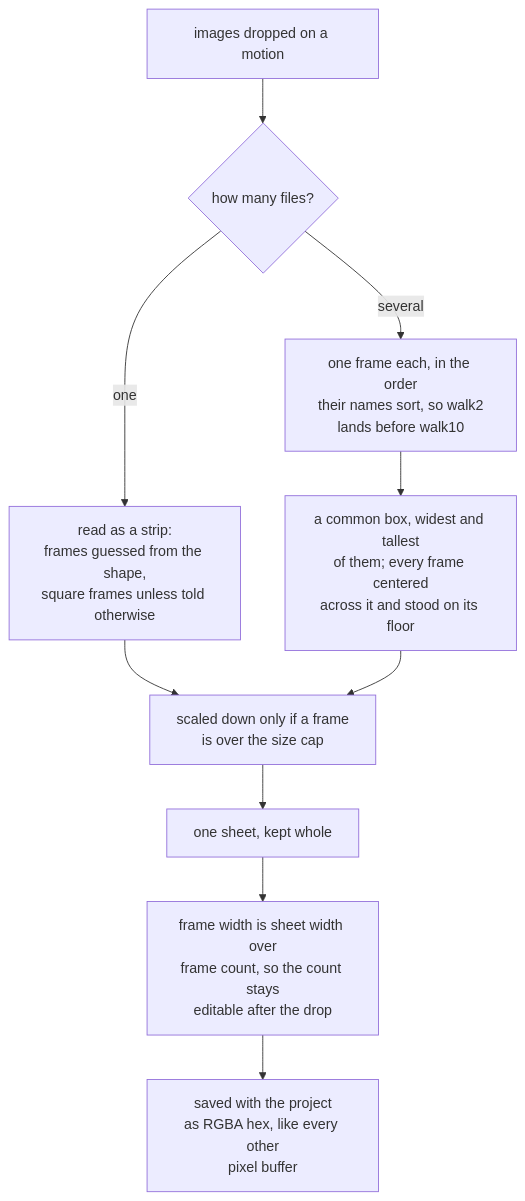
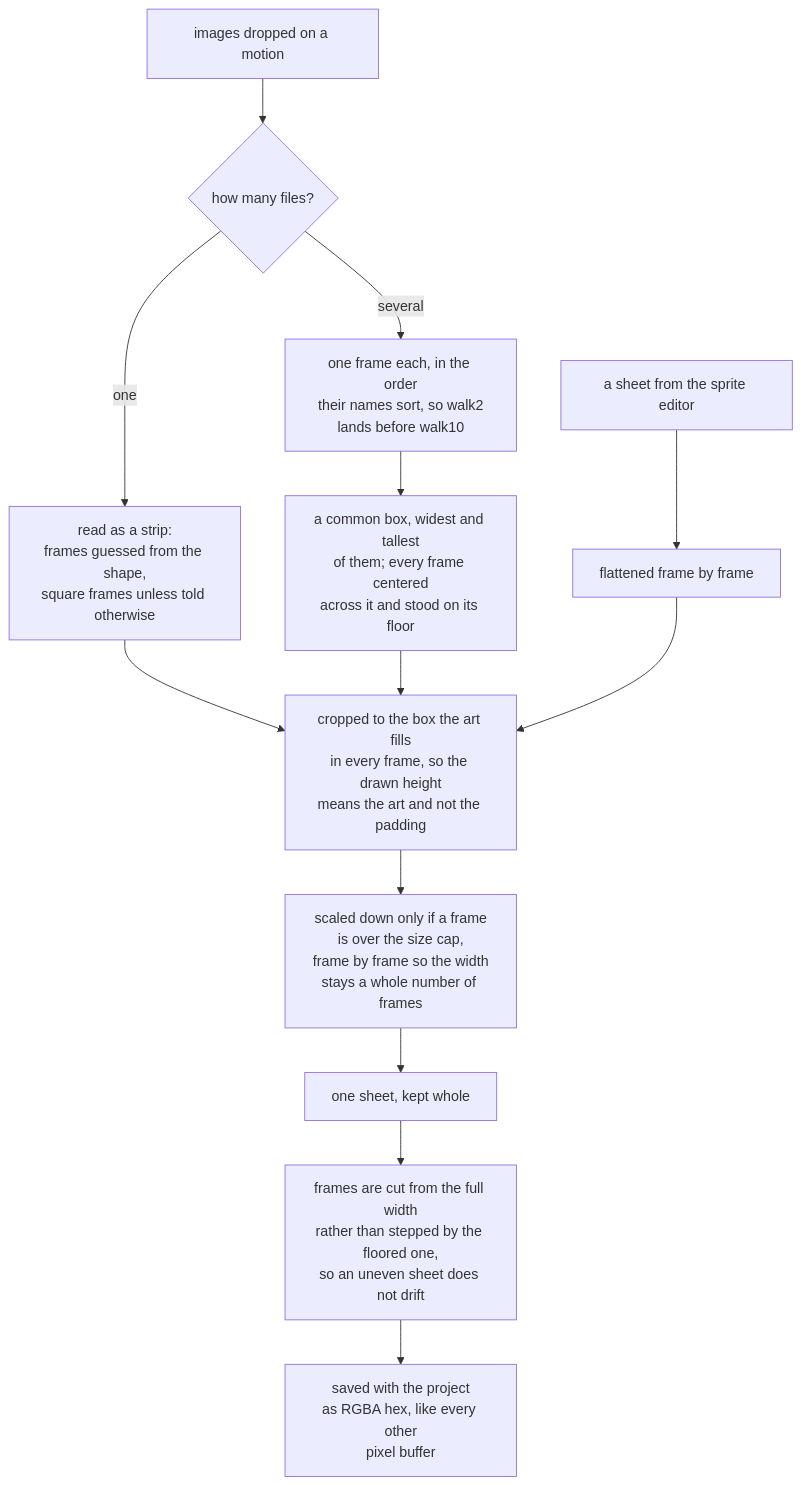
One commit to tmpk13/grow changed diagram 29 of 34 in ARCHITECTURE.md. Above: the diagram before and after it, drawn with Mermaid. The commit also changed other lines of this file and 25 other files, not shown here.

````diff
--- a/ARCHITECTURE.md
+++ b/ARCHITECTURE.md
@@ -941,12 +1023,15 @@
 ```mermaid
 flowchart TD
   drop["images dropped on a motion"] --> how{"how many files?"}
   how -->|one| strip["read as a strip:<br/>frames guessed from the shape,<br/>square frames unless told otherwise"]
   how -->|several| each["one frame each, in the order<br/>their names sort, so walk2<br/>lands before walk10"]
+  ed["a sheet from the sprite editor"] --> flat["flattened frame by frame"]
   each --> box["a common box, widest and tallest<br/>of them; every frame centered<br/>across it and stood on its floor"]
-  strip --> cap
-  box --> cap["scaled down only if a frame<br/>is over the size cap"]
+  strip --> trim
+  box --> trim
+  flat --> trim["cropped to the box the art fills<br/>in every frame, so the drawn height<br/>means the art and not the padding"]
+  trim --> cap["scaled down only if a frame<br/>is over the size cap,<br/>frame by frame so the width<br/>stays a whole number of frames"]
   cap --> sheet["one sheet, kept whole"]
-  sheet --> cut["frame width is sheet width over<br/>frame count, so the count stays<br/>editable after the drop"]
+  sheet --> cut["frames are cut from the full width<br/>rather than stepped by the floored one,<br/>so an uneven sheet does not drift"]
   cut --> saved["saved with the project<br/>as RGBA hex, like every other<br/>pixel buffer"]
 ```
````
